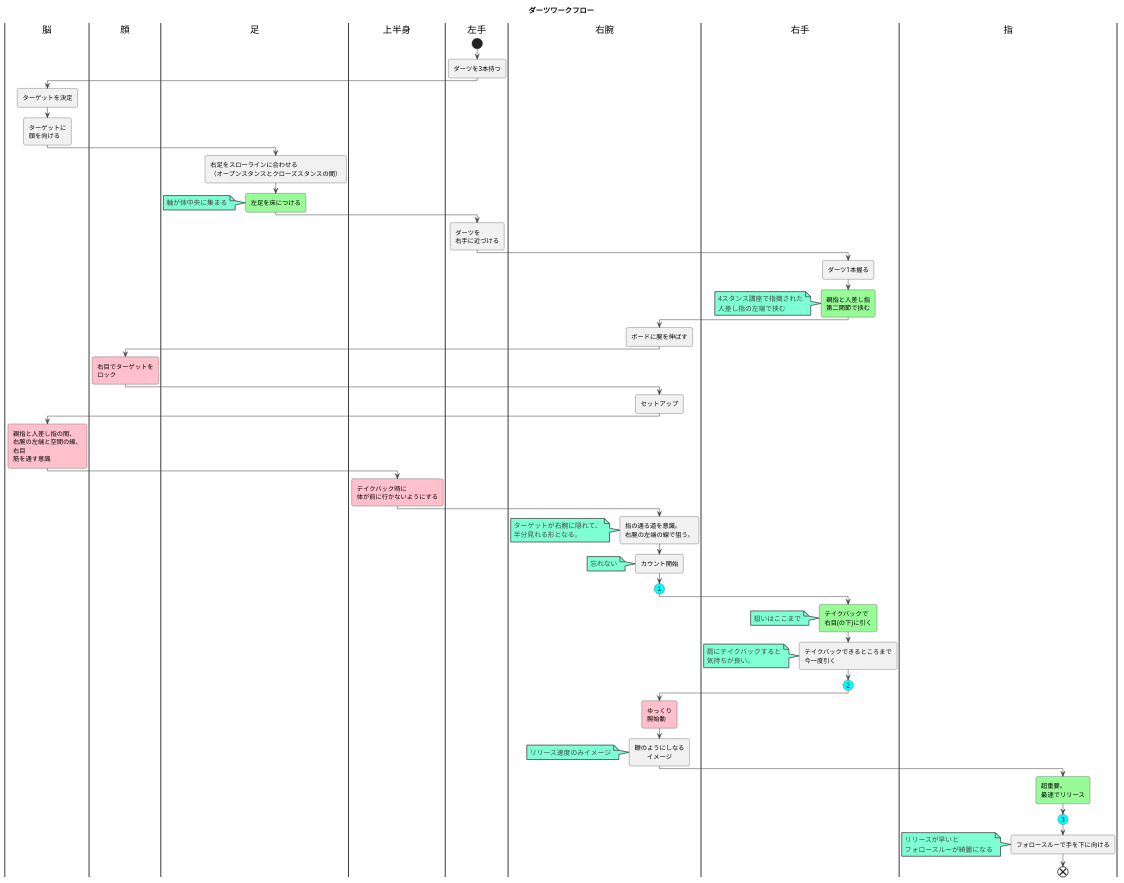
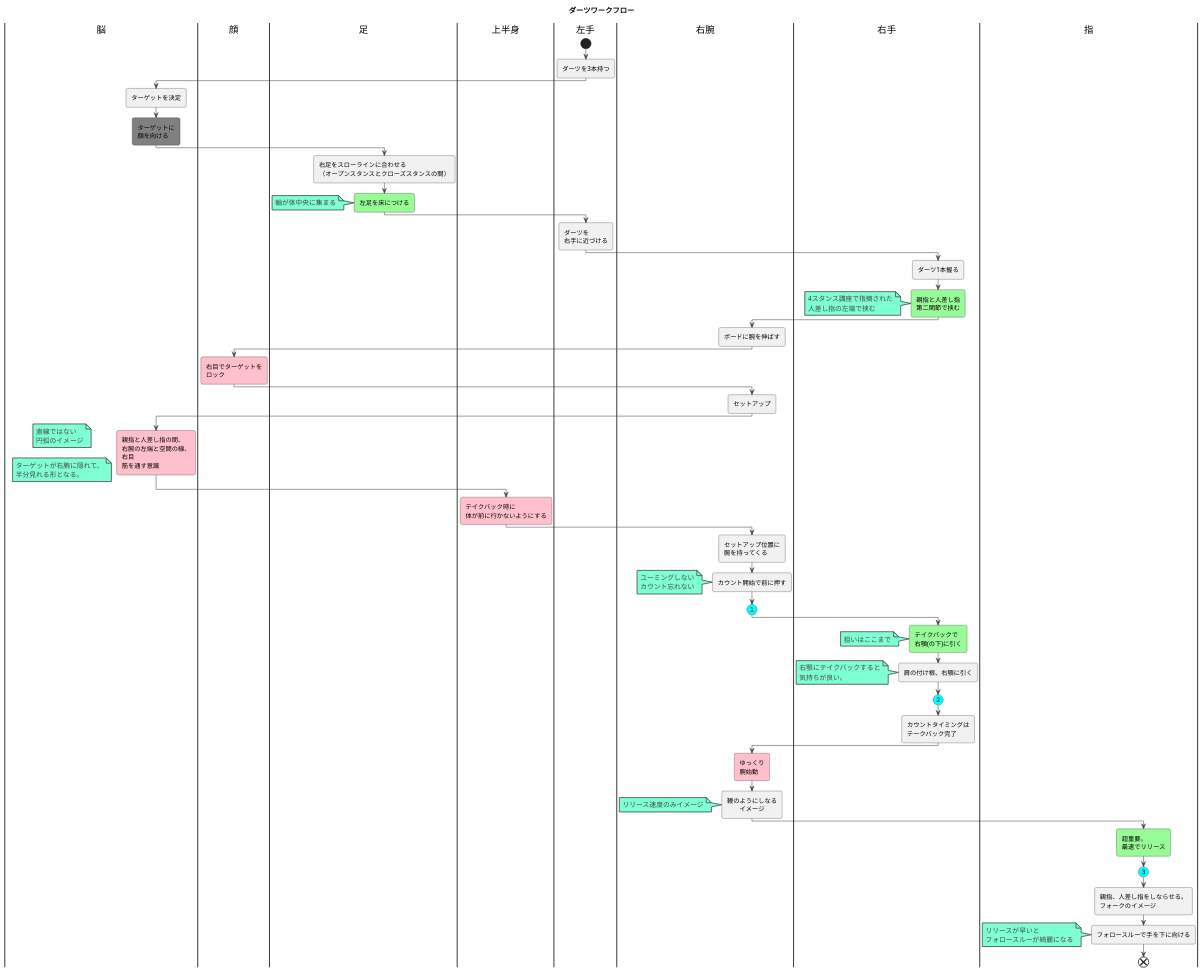
Before and after one commit to darts-cloud/dartsFlow: the diagram in dartsFlow.plantuml, drawn with PlantUML.

```diff
--- a/dartsFlow.plantuml
+++ b/dartsFlow.plantuml
@@ -1,158 +1,175 @@
 @startuml
 title ダーツワークフロー
 
 
 
 !theme vibrant
 
 |脳|
 |顔|
 |足|
 |上半身|
 |左手|
 |右腕|
 |左手|
+
 start
+
+/'################'/
+/'セットアップ前'/
+/'################'/
 :ダーツを3本持つ;
 |脳|
 :ターゲットを決定;
-:ターゲットに
+#gray:ターゲットに
 顔を向ける;
 
 |足|
 :右足をスローラインに合わせる
 （オープンスタンスとクローズスタンスの間）;
 #palegreen:左足を床につける;
 note
   軸が体中央に集まる
 end note
 /'
 ################
 ##pink:左足を右足よりも
 #後ろに下げる;
 ################
 '/
 
 |左手|
 :ダーツを
 右手に近づける;
 |右手|
 :ダーツ1本握る;
 #palegreen:親指と人差し指
 第二関節で挟む;
 note
   4スタンス講座で指摘された
   人差し指の左端で挟む
 end note
 
 |右腕|
 :ボードに腕を伸ばす;
 /'
 #pink:腕の右側のラインに体幹を合わせる;
 '/
 
 |顔|
 #pink:右目でターゲットを
 ロック;
 |右腕|
 /'
 :ゼロポジションで
 ボードにスムーズに伸ばせる方向を探す;
 '/
+
+/'################'/
+/'セットアップ'/
+/'################'/
+
 :セットアップ;
 |脳|
 #pink:親指と人差し指の間、
 右腕の左端と空間の線、
 右目
 筋を通す意識;
+note
+  直線ではない
+  円弧のイメージ
+end note
+note
+ターゲットが右腕に隠れて、
+半分見れる形となる。
+end note
+
 |顔|
 
 |上半身|
 #pink:テイクバック時に
 体が前に行かないようにする;
 
 |右腕|
-:指の通る道を意識。
-右腕の左端の線で狙う。;
-note
-ターゲットが右腕に隠れて、
-半分見れる形となる。
-end note
+:セットアップ位置に
+腕を持ってくる;
 
 |右腕|
-:カウント開始;
+:カウント開始で前に押す;
 
 note
-    忘れない
+    ユーミングしない
+    カウント忘れない
 end note
-
 
 #Aqua:(１)
 
 |右手|
 
 #palegreen:テイクバックで
-右目(の下)に引く;
+右顎(の下)に引く;
 
 note
     狙いはここまで
 end note
 
 
-:テイクバックできるところまで
-今一度引く;
+:肩の付け根、右顎に引く;
 
 note
-    肩にテイクバックすると
+    右顎にテイクバックすると
     気持ちが良い。
 end note
 
 #Aqua:(２)
-
+:カウントタイミングは
+テークバック完了;
 /'
 #pink:肘固定意識;
 note
     固定が甘い
     →飛ばない
 end note
 #pink:肘の裏側が意識;
 note
     指の道が
     肘の左側
 end note
 '/
 
 |右腕|
 #pink:ゆっくり
 腕始動;
 :鞭のようにしなる
 　　イメージ;
 note
   リリース速度のみイメージ
 end note
 
 |指|
 #palegreen:超重要。
 最速でリリース;
 
 #Aqua:(３)
 
 /'
 :スローしながら、
 人差し指をターゲットに
 伸ばす;
 :第二関節で押し込む;
 note
   4スタンス講座で指摘された
   第二関節で押し込む
 end note
 '/
 
+:親指、人差し指をしならせる。
+フォークのイメージ;
 :フォロースルーで手を下に向ける;
 note
   リリースが早いと
   フォロースルーが綺麗になる
 end note
 
 end
 @enduml
```
